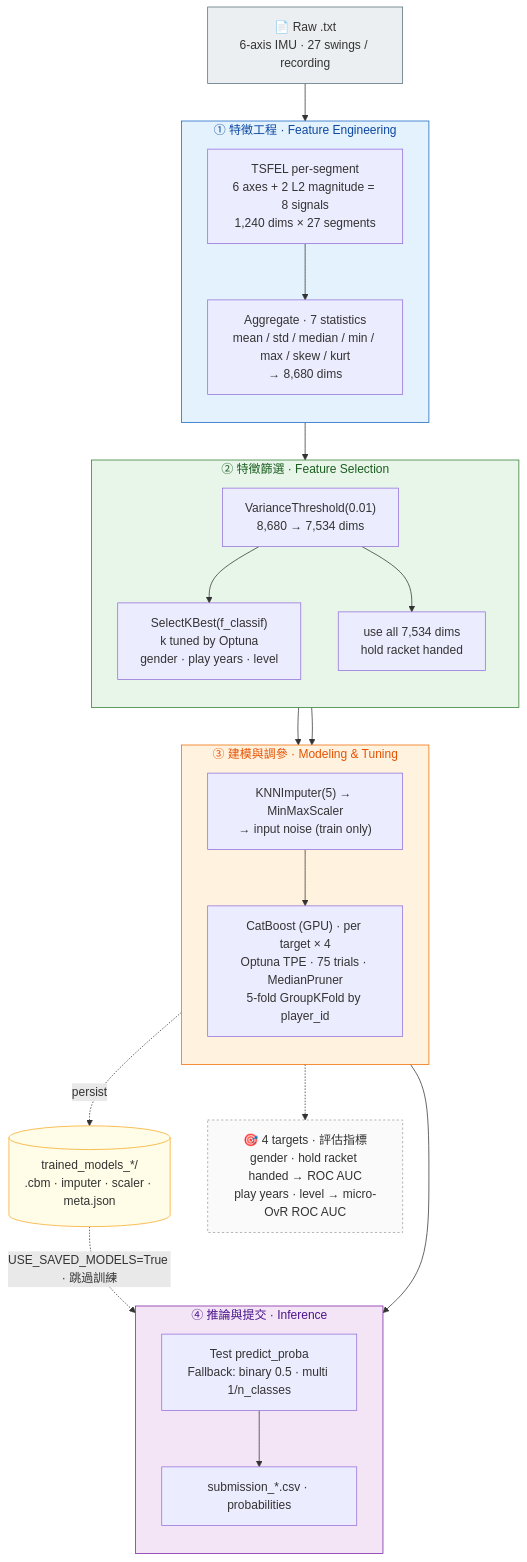
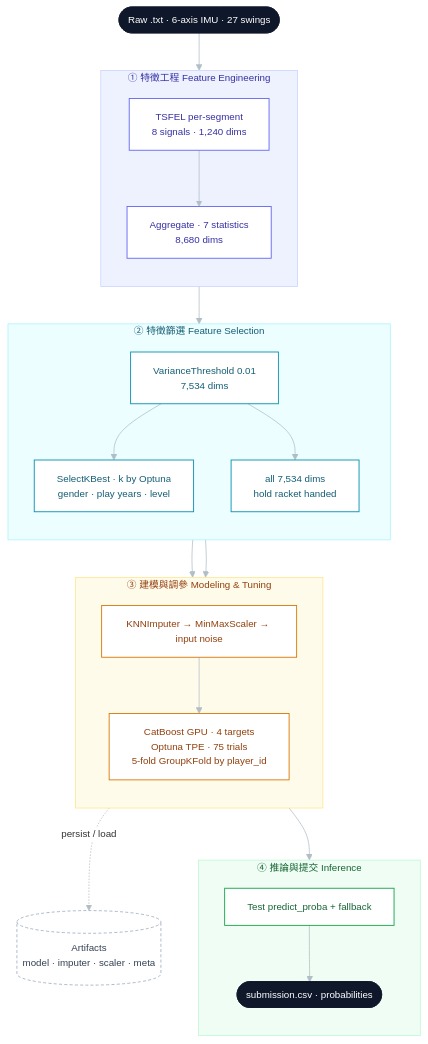
Before and after one commit to Guancheng1206/aicup2025Spring_Tabletennis: the diagram in README.md, drawn with Mermaid.

Commit message:
Restyle Pipeline diagram for a cleaner, modern look
- White cards with per-phase accent borders on soft tinted panels
- Dark stadium nodes as input/output anchors
- Compact diamond branch for the SelectKBest split
- Tidy persist/load cache loop; shorter, non-wrapping labels
- Verified rendering locally with mermaid-cli

````diff
--- a/README.md
+++ b/README.md
@@ -35,53 +35,53 @@
 ```mermaid
+%%{init: {'theme':'base','themeVariables':{'fontFamily':'Segoe UI, Helvetica, Arial, sans-serif','fontSize':'13px','lineColor':'#b0bec5','edgeLabelBackground':'#ffffff'}}}%%
 flowchart TD
-    A["📄 Raw .txt<br/>6-axis IMU · 27 swings / recording"]
+    A(["Raw .txt&nbsp;·&nbsp;6-axis IMU&nbsp;·&nbsp;27 swings"]):::io
 
-    subgraph FE["① 特徵工程 · Feature Engineering"]
+    subgraph FE ["① 特徵工程 Feature Engineering"]
         direction TB
-        B["TSFEL per-segment<br/>6 axes + 2 L2 magnitude = 8 signals<br/>1,240 dims × 27 segments"]
-        C["Aggregate · 7 statistics<br/>mean / std / median / min / max / skew / kurt<br/>→ 8,680 dims"]
+        B["TSFEL per-segment<br/>8 signals · 1,240 dims"]:::fe
+        C["Aggregate · 7 statistics<br/>8,680 dims"]:::fe
         B --> C
     end
 
-    subgraph SEL["② 特徵篩選 · Feature Selection"]
+    subgraph SEL ["② 特徵篩選 Feature Selection"]
         direction TB
-        D["VarianceThreshold(0.01)<br/>8,680 → 7,534 dims"]
-        K1["SelectKBest(f_classif)<br/>k tuned by Optuna<br/>gender · play years · level"]
-        K2["use all 7,534 dims<br/>hold racket handed"]
+        D["VarianceThreshold 0.01<br/>7,534 dims"]:::sel
+        K1["SelectKBest · k by Optuna<br/>gender · play years · level"]:::sel
+        K2["all 7,534 dims<br/>hold racket handed"]:::sel
         D --> K1
         D --> K2
     end
 
-    subgraph MODEL["③ 建模與調參 · Modeling & Tuning"]
+    subgraph MODEL ["③ 建模與調參 Modeling & Tuning"]
         direction TB
-        PRE["KNNImputer(5) → MinMaxScaler<br/>→ input noise (train only)"]
-        F["CatBoost (GPU) · per target × 4<br/>Optuna TPE · 75 trials · MedianPruner<br/>5-fold GroupKFold by player_id"]
+        PRE["KNNImputer → MinMaxScaler → input noise"]:::mdl
+        F["CatBoost GPU · 4 targets<br/>Optuna TPE · 75 trials<br/>5-fold GroupKFold by player_id"]:::mdl
         PRE --> F
     end
 
-    subgraph OUT["④ 推論與提交 · Inference"]
+    subgraph OUT ["④ 推論與提交 Inference"]
         direction TB
-        G["Test predict_proba<br/>Fallback: binary 0.5 · multi 1/n_classes"]
-        H["submission_*.csv · probabilities"]
+        G["Test predict_proba + fallback"]:::out
+        H(["submission.csv · probabilities"]):::io
         G --> H
     end
 
     A --> B
     C --> D
     K1 --> PRE
     K2 --> PRE
     F --> G
-    F -. persist .-> P[("trained_models_*/<br/>.cbm · imputer · scaler · meta.json")]
-    P -. "USE_SAVED_MODELS=True · 跳過訓練" .-> G
+    F -. "persist / load" .-> P[("Artifacts<br/>model · imputer · scaler · meta")]:::art
 
-    M["🎯 4 targets · 評估指標<br/>gender · hold racket handed → ROC AUC<br/>play years · level → micro-OvR ROC AUC"]
-    F -.-> M
-
-    style FE fill:#e3f2fd,stroke:#1565c0,color:#0d47a1
-    style SEL fill:#e8f5e9,stroke:#2e7d32,color:#1b5e20
-    style MODEL fill:#fff3e0,stroke:#ef6c00,color:#e65100
-    style OUT fill:#f3e5f5,stroke:#7b1fa2,color:#4a148c
-    style A fill:#eceff1,stroke:#546e7a
-    style P fill:#fffde7,stroke:#f9a825
-    style M fill:#fafafa,stroke:#9e9e9e,stroke-dasharray:3 3
+    classDef io fill:#0f172a,color:#ffffff,stroke:#0f172a,stroke-width:1px;
+    classDef fe  fill:#ffffff,stroke:#6366f1,color:#3730a3,stroke-width:1.2px;
+    classDef sel fill:#ffffff,stroke:#0891b2,color:#155e75,stroke-width:1.2px;
+    classDef mdl fill:#ffffff,stroke:#d97706,color:#92400e,stroke-width:1.2px;
+    classDef out fill:#ffffff,stroke:#16a34a,color:#166534,stroke-width:1.2px;
+    classDef art fill:#ffffff,stroke:#94a3b8,color:#334155,stroke-dasharray:4 3;
+    style FE fill:#eef2ff,stroke:#c7d2fe,color:#3730a3
+    style SEL fill:#ecfeff,stroke:#a5f3fc,color:#155e75
+    style MODEL fill:#fffbeb,stroke:#fde68a,color:#92400e
+    style OUT fill:#f0fdf4,stroke:#bbf7d0,color:#166534
 ```
````
